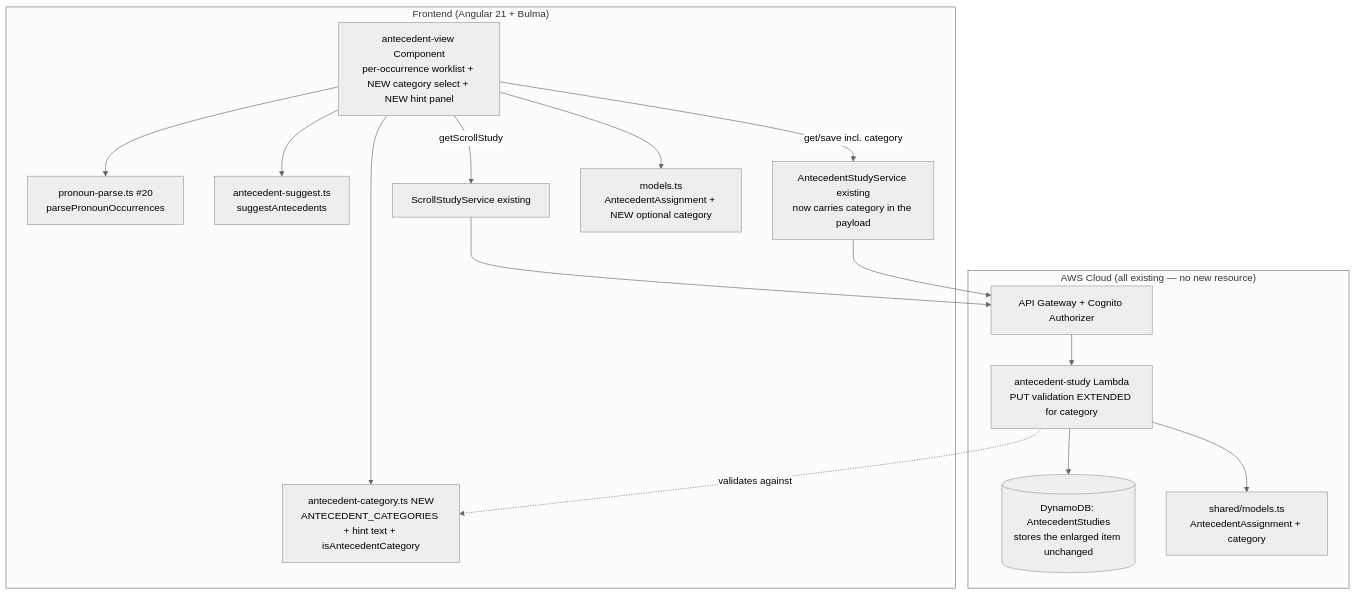
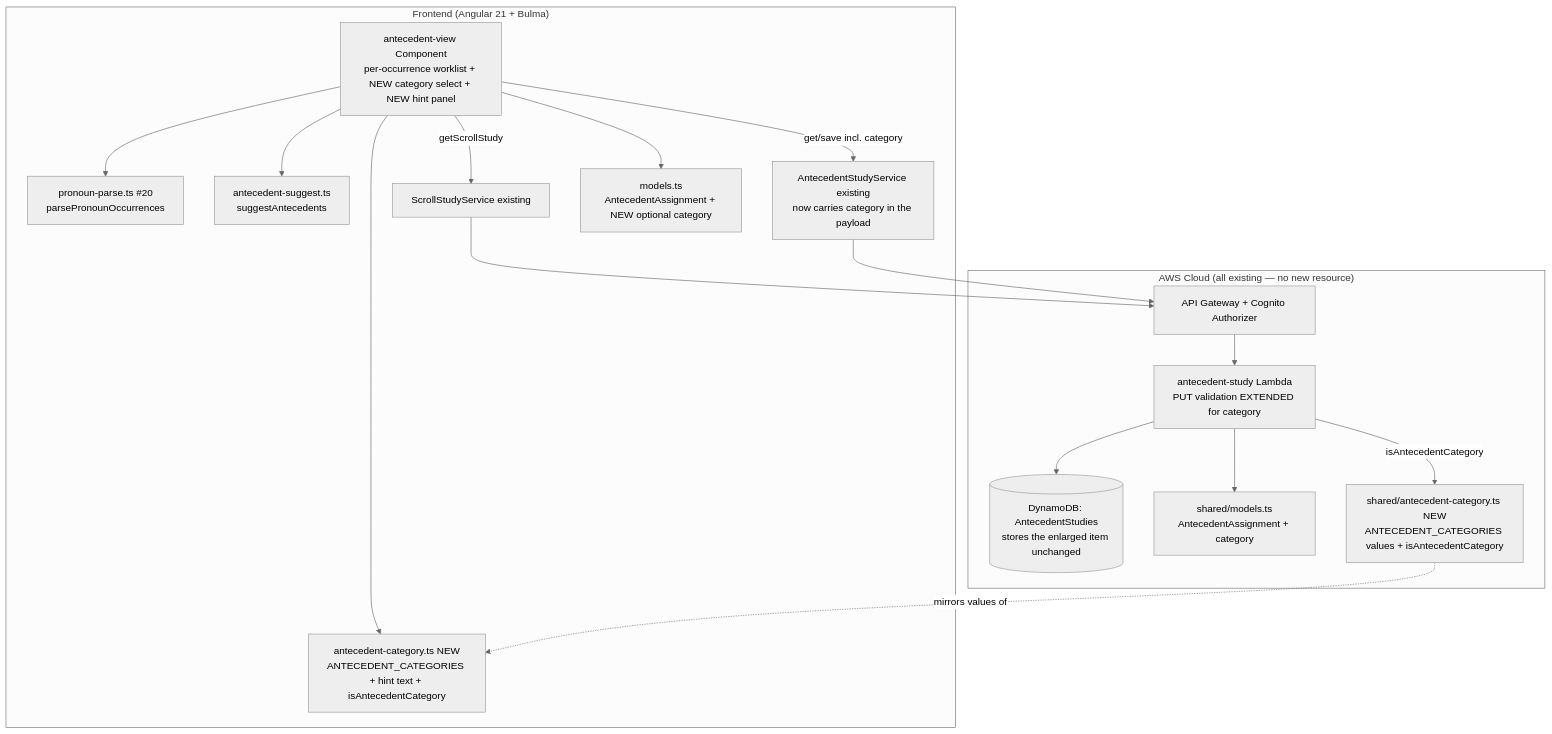
One commit to trsam1/sbs-assist changed the first of 2 diagrams in .kiro/specs/antecedent-category-classifier/design.md. Above: the diagram before and after it, drawn with Mermaid (neutral theme). The commit also changed other lines of this file, not shown here.

First line of the commit message:
docs: address design review for antecedent-category-classifier spec

````diff
--- a/.kiro/specs/antecedent-category-classifier/design.md
+++ b/.kiro/specs/antecedent-category-classifier/design.md
@@ -30,28 +30,30 @@
 ```mermaid
 graph TD
     subgraph Frontend ["Frontend (Angular 21 + Bulma)"]
         AV[antecedent-view Component<br/>per-occurrence worklist + NEW category select + NEW hint panel]
         AC[antecedent-category.ts NEW<br/>ANTECEDENT_CATEGORIES + hint text + isAntecedentCategory]
         PP[pronoun-parse.ts #20<br/>parsePronounOccurrences]
         AS[antecedent-suggest.ts<br/>suggestAntecedents]
         SS[ScrollStudyService existing]
         ASVC[AntecedentStudyService existing<br/>now carries category in the payload]
         M[models.ts<br/>AntecedentAssignment + NEW optional category]
     end
 
     subgraph AWS ["AWS Cloud (all existing — no new resource)"]
         APIGW[API Gateway + Cognito Authorizer]
         AntFn[antecedent-study Lambda<br/>PUT validation EXTENDED for category]
         DDBA[(DynamoDB: AntecedentStudies<br/>stores the enlarged item unchanged)]
         SM[shared/models.ts<br/>AntecedentAssignment + category]
+        SAC[shared/antecedent-category.ts NEW<br/>ANTECEDENT_CATEGORIES values + isAntecedentCategory]
     end
 
     AV --> AC
     AV --> PP
     AV --> AS
     AV --> M
     AV -->|getScrollStudy| SS --> APIGW
     AV -->|get/save incl. category| ASVC --> APIGW --> AntFn --> DDBA
     AntFn --> SM
-    AntFn -. validates against .-> AC
+    AntFn -->|isAntecedentCategory| SAC
+    SAC -. mirrors values of .-> AC
 ```
````
